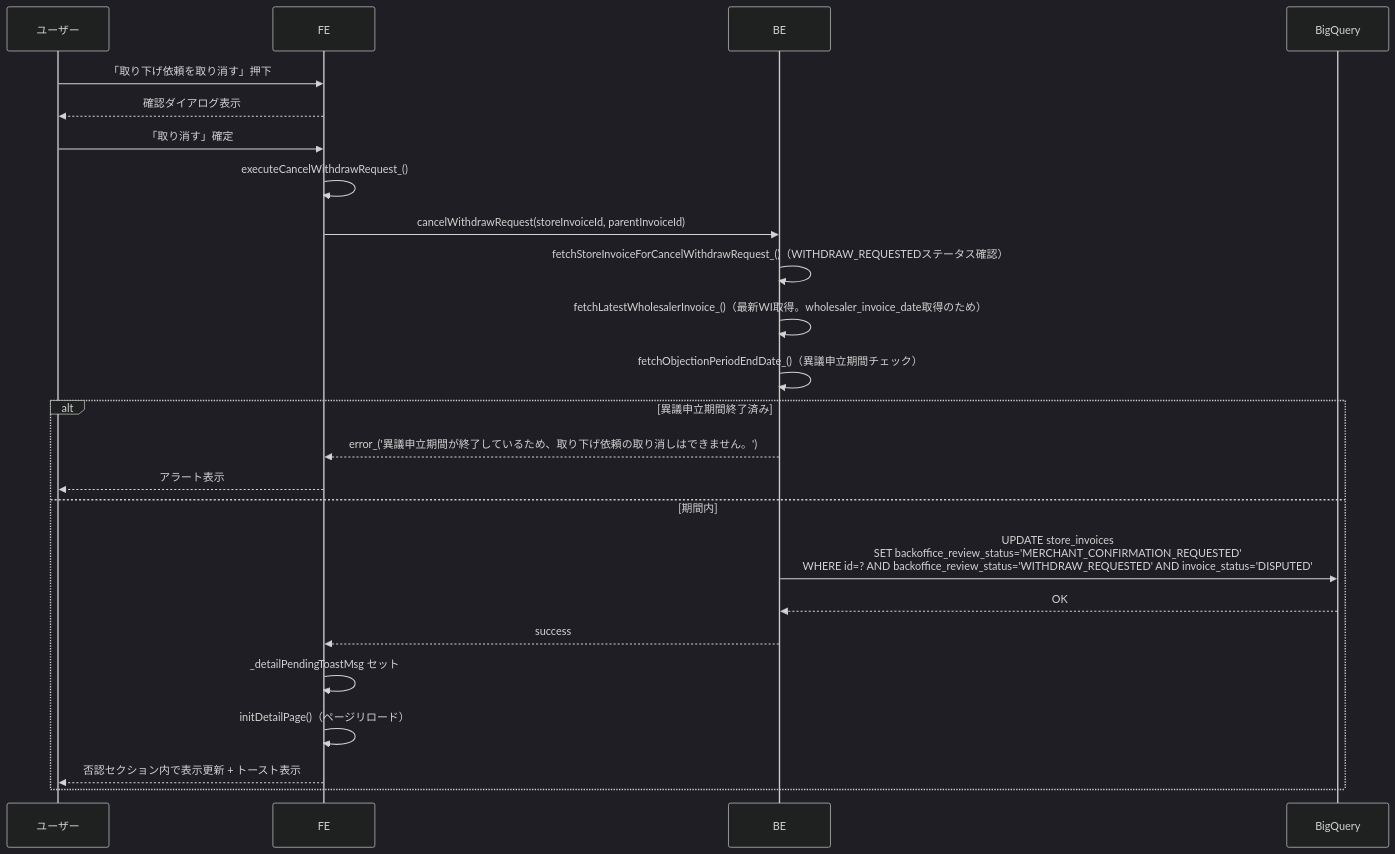
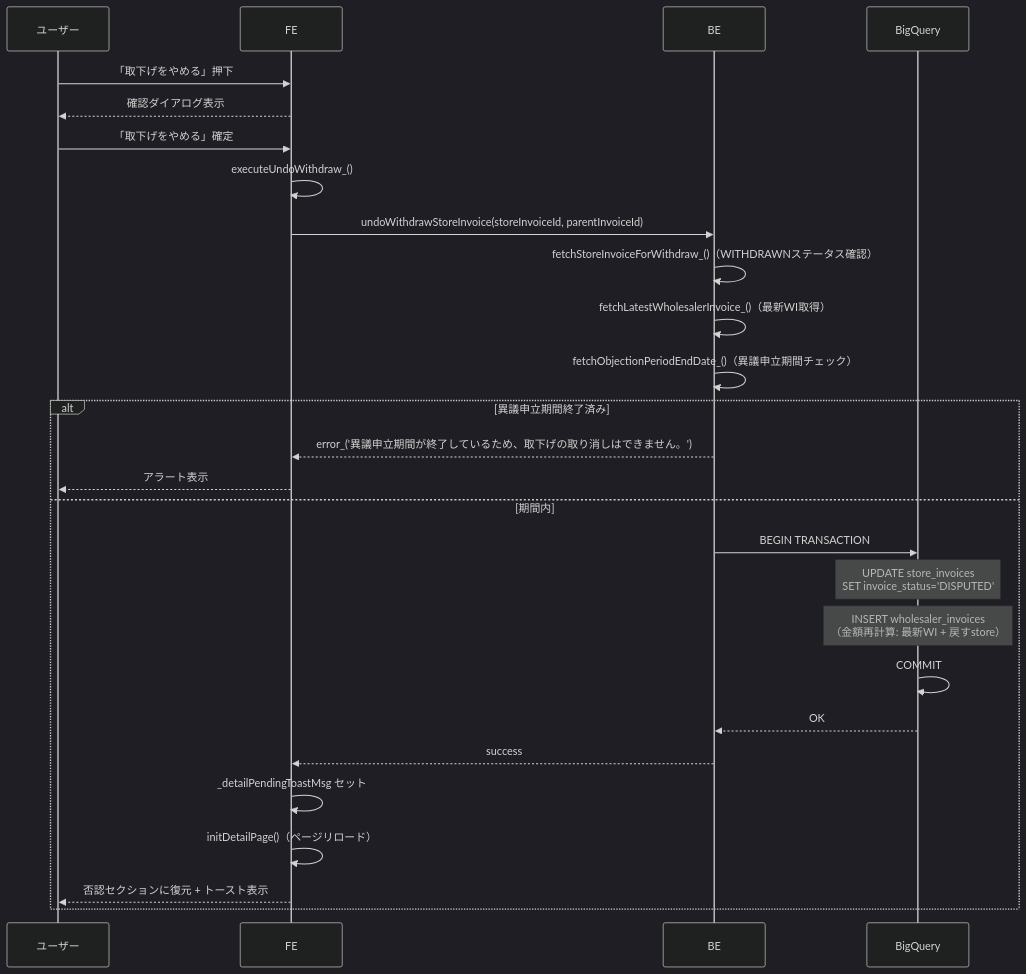
Diagram 14 of 17 in docs/specifications/04_detail_page.md (USEN-PAY-Products/connect-wholesale-gas-poc), drawn with Mermaid (dark theme) before and after one commit. The commit also changed other lines of this file and 6 other files, not shown here.

````diff
--- a/docs/specifications/04_detail_page.md
+++ b/docs/specifications/04_detail_page.md
@@ -388,28 +379,31 @@
 ```mermaid
 sequenceDiagram
     participant U as ユーザー
     participant FE as FE
     participant BE as BE
     participant BQ as BigQuery
 
-    U->>FE: 「取り下げ依頼を取り消す」押下
+    U->>FE: 「取下げをやめる」押下
     FE-->>U: 確認ダイアログ表示
 
-    U->>FE: 「取り消す」確定
-    FE->>FE: executeCancelWithdrawRequest_()
-    FE->>BE: cancelWithdrawRequest(storeInvoiceId, parentInvoiceId)
-    BE->>BE: fetchStoreInvoiceForCancelWithdrawRequest_()（WITHDRAW_REQUESTEDステータス確認）
-    BE->>BE: fetchLatestWholesalerInvoice_()（最新WI取得。wholesaler_invoice_date取得のため）
+    U->>FE: 「取下げをやめる」確定
+    FE->>FE: executeUndoWithdraw_()
+    FE->>BE: undoWithdrawStoreInvoice(storeInvoiceId, parentInvoiceId)
+    BE->>BE: fetchStoreInvoiceForWithdraw_()（WITHDRAWNステータス確認）
+    BE->>BE: fetchLatestWholesalerInvoice_()（最新WI取得）
     BE->>BE: fetchObjectionPeriodEndDate_()（異議申立期間チェック）
     alt 異議申立期間終了済み
-        BE-->>FE: error_('異議申立期間が終了しているため、取り下げ依頼の取り消しはできません。')
+        BE-->>FE: error_('異議申立期間が終了しているため、取下げの取り消しはできません。')
         FE-->>U: アラート表示
     else 期間内
-        BE->>BQ: UPDATE store_invoices<br/>SET backoffice_review_status='MERCHANT_CONFIRMATION_REQUESTED'<br/>WHERE id=? AND backoffice_review_status='WITHDRAW_REQUESTED' AND invoice_status='DISPUTED'
+        BE->>BQ: BEGIN TRANSACTION
+        Note over BQ: UPDATE store_invoices<br/>SET invoice_status='DISPUTED'
+        Note over BQ: INSERT wholesaler_invoices<br/>（金額再計算: 最新WI + 戻すstore）
+        BQ->>BQ: COMMIT
         BQ-->>BE: OK
         BE-->>FE: success
         FE->>FE: _detailPendingToastMsg セット
         FE->>FE: initDetailPage()（ページリロード）
-        FE-->>U: 否認セクション内で表示更新 + トースト表示
+        FE-->>U: 否認セクションに復元 + トースト表示
     end
 ```
````
